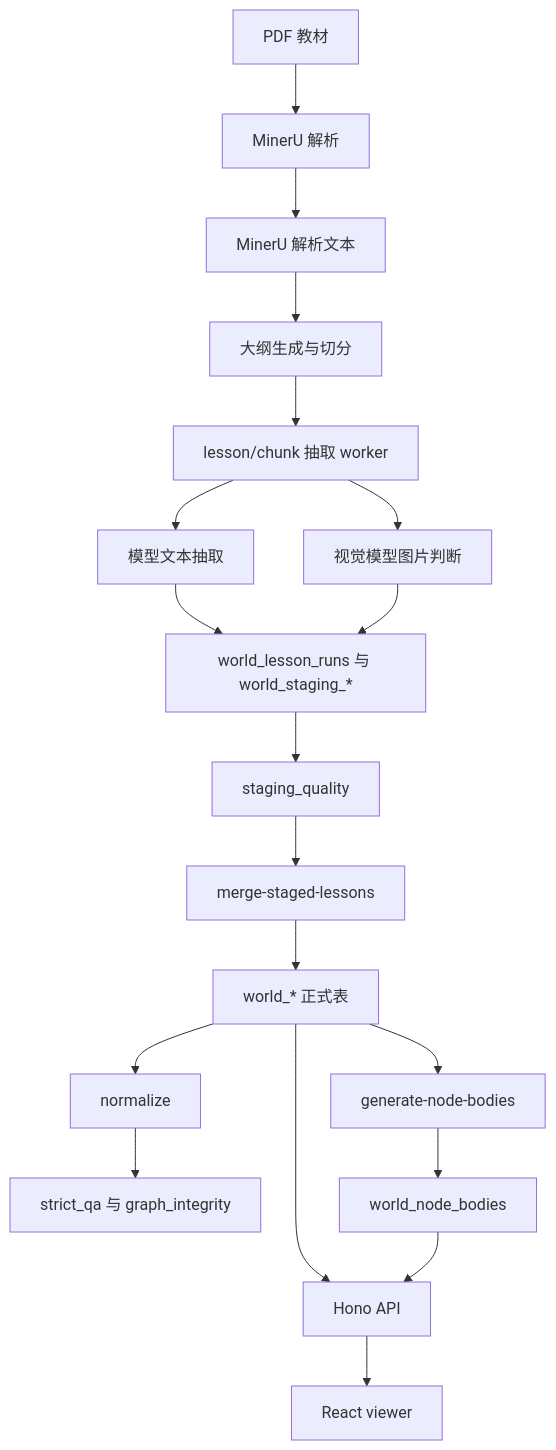
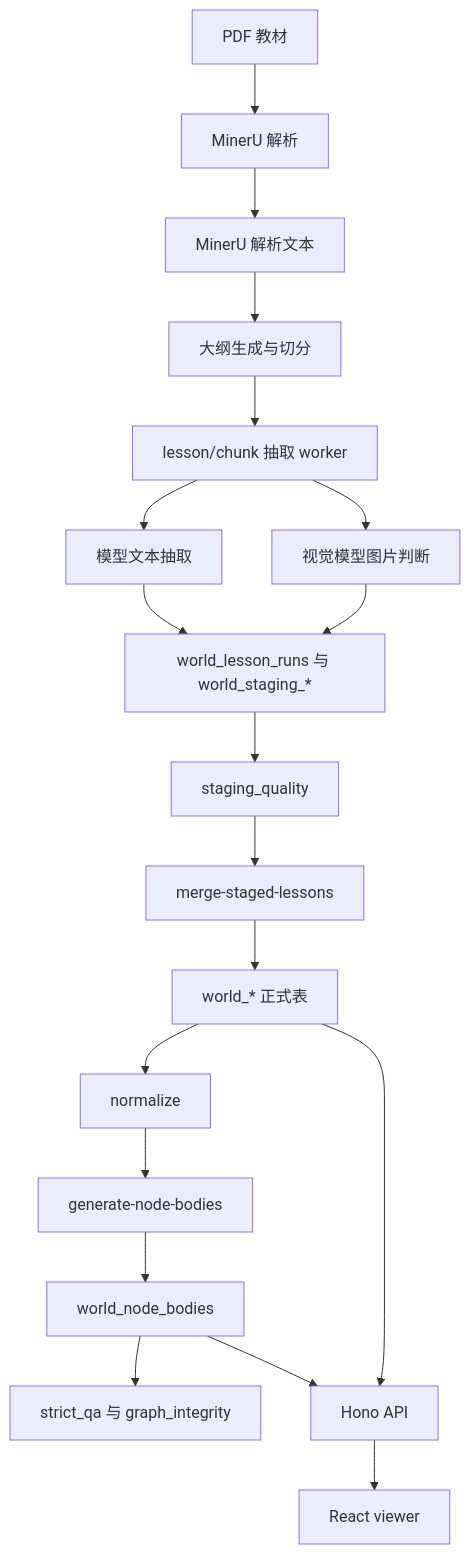
Before and after one commit to Titan-Frank/InnoKnowledge: the diagram in docs/current-system-architecture.md, drawn with Mermaid. The commit also changed other lines of this file and 7 other files, not shown here.

Commit message:
Generate node bodies in server pipeline

````diff
--- a/docs/current-system-architecture.md
+++ b/docs/current-system-architecture.md
@@ -22,21 +22,21 @@
 ```mermaid
 flowchart TD
   A["PDF 教材"] --> B["MinerU 解析"]
   B --> C
   C["MinerU 解析文本"] --> D["大纲生成与切分"]
   D --> E["lesson/chunk 抽取 worker"]
   E --> F["模型文本抽取"]
   E --> G["视觉模型图片判断"]
   F --> H["world_lesson_runs 与 world_staging_*"]
   G --> H
   H --> I["staging_quality"]
   I --> J["merge-staged-lessons"]
   J --> K["world_* 正式表"]
   K --> L["normalize"]
-  L --> M["strict_qa 与 graph_integrity"]
-  K --> N["generate-node-bodies"]
+  L --> N["generate-node-bodies"]
   N --> O["world_node_bodies"]
+  O --> M["strict_qa 与 graph_integrity"]
   K --> P["Hono API"]
   O --> P
   P --> Q["React viewer"]
 ```
````
